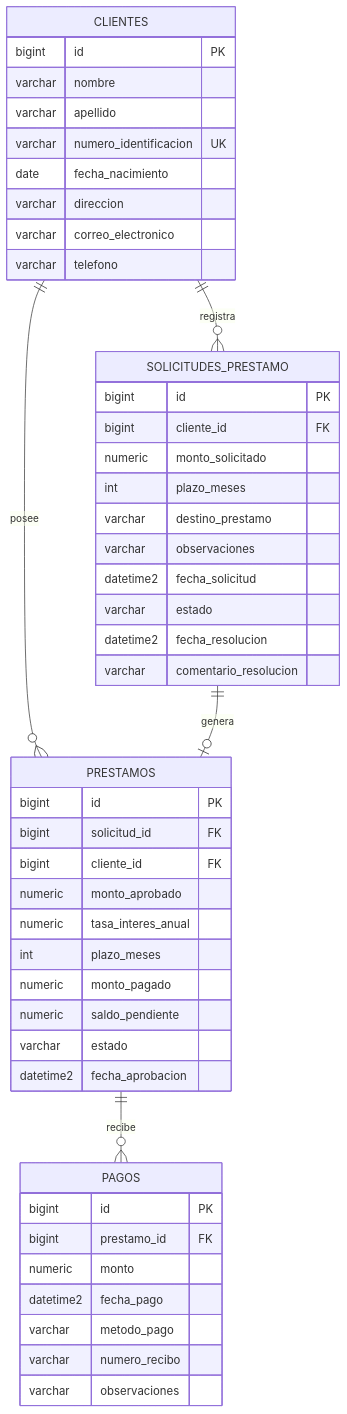
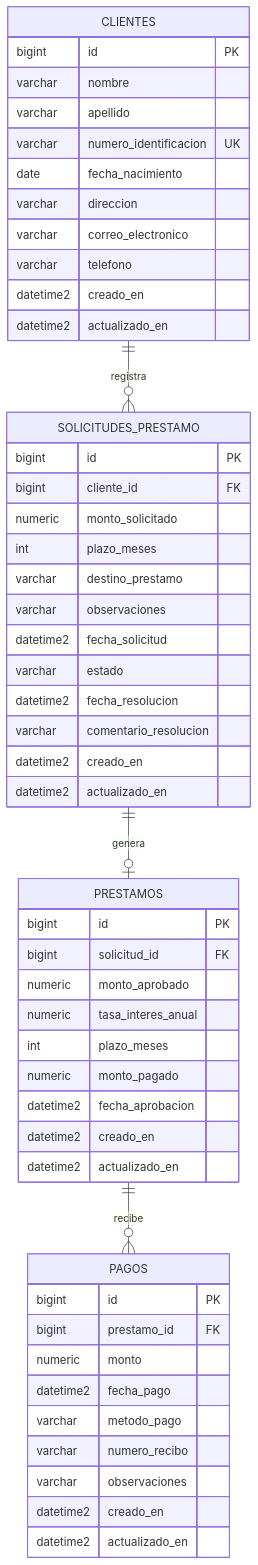
Before and after one commit to Chuites/sistema-prestamos-chn: the diagram in docs/base-de-datos.md, drawn with Mermaid. The commit also changed other lines of this file and 20 other files, not shown here.

````diff
--- a/docs/base-de-datos.md
+++ b/docs/base-de-datos.md
@@ -12,54 +12,58 @@
 ```mermaid
 erDiagram
     CLIENTES ||--o{ SOLICITUDES_PRESTAMO : "registra"
-    CLIENTES ||--o{ PRESTAMOS : "posee"
     SOLICITUDES_PRESTAMO ||--o| PRESTAMOS : "genera"
     PRESTAMOS ||--o{ PAGOS : "recibe"
 
     CLIENTES {
         bigint id PK
         varchar nombre
         varchar apellido
         varchar numero_identificacion UK
         date fecha_nacimiento
         varchar direccion
         varchar correo_electronico
         varchar telefono
+        datetime2 creado_en
+        datetime2 actualizado_en
     }
 
     SOLICITUDES_PRESTAMO {
         bigint id PK
         bigint cliente_id FK
         numeric monto_solicitado
         int plazo_meses
         varchar destino_prestamo
         varchar observaciones
         datetime2 fecha_solicitud
         varchar estado
         datetime2 fecha_resolucion
         varchar comentario_resolucion
+        datetime2 creado_en
+        datetime2 actualizado_en
     }
 
     PRESTAMOS {
         bigint id PK
         bigint solicitud_id FK
-        bigint cliente_id FK
         numeric monto_aprobado
         numeric tasa_interes_anual
         int plazo_meses
         numeric monto_pagado
-        numeric saldo_pendiente
-        varchar estado
         datetime2 fecha_aprobacion
+        datetime2 creado_en
+        datetime2 actualizado_en
     }
 
     PAGOS {
         bigint id PK
         bigint prestamo_id FK
         numeric monto
         datetime2 fecha_pago
         varchar metodo_pago
         varchar numero_recibo
         varchar observaciones
+        datetime2 creado_en
+        datetime2 actualizado_en
     }
 ```
````
